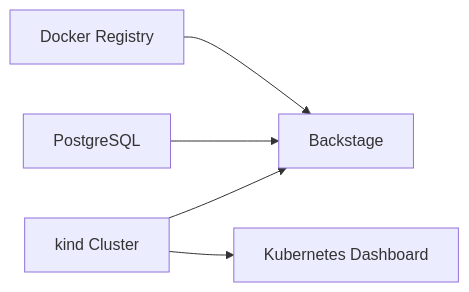
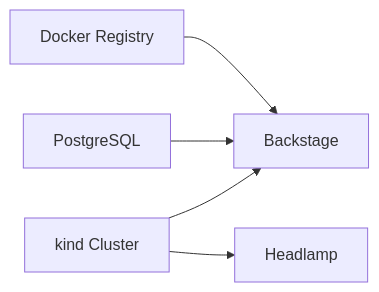
One commit to medimohammadise/elegant-infra-engine changed the third of 3 diagrams in README.md. Above: the diagram before and after it, drawn with Mermaid. The commit also changed other lines of this file and 92 other files, not shown here.

Commit message:
feat: replace Kubernetes Dashboard with Headlamp

````diff
--- a/README.md
+++ b/README.md
@@ -75,7 +75,7 @@
 ```mermaid
 flowchart LR
   Registry["Docker Registry"] --> BackstageApp["Backstage"]
   PostgresDb["PostgreSQL"] --> BackstageApp
   KindCluster["kind Cluster"] --> BackstageApp
-  KindCluster --> DashboardUi["Kubernetes Dashboard"]
+  KindCluster --> HeadlampUi["Headlamp"]
 ```
````
